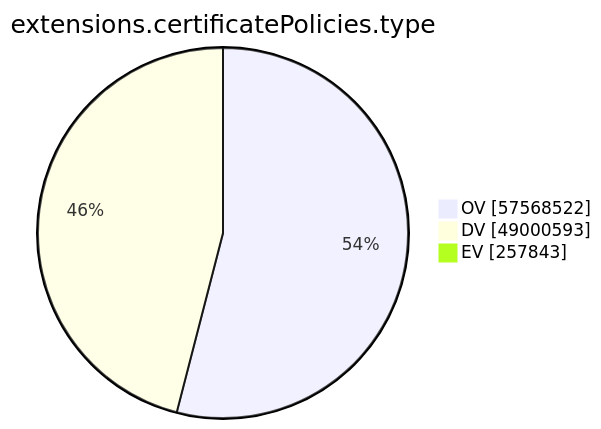
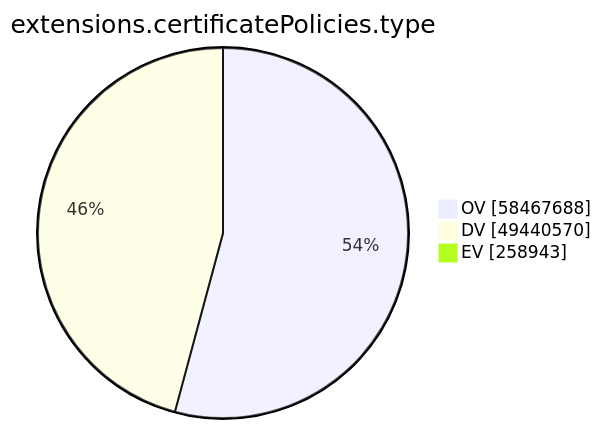
One commit to christiankrug/ctmonitor_visualization changed the ninth of 15 diagrams in xenon2023/README.md. Above: the diagram before and after it, drawn with Mermaid. The commit also changed other lines of this file, not shown here.

````diff
--- a/xenon2023/README.md
+++ b/xenon2023/README.md
@@ -2130,7 +2137,7 @@
 ```mermaid
 pie showData
 title extensions.certificatePolicies.type
-"OV" :57568522
-"DV" :49000593
-"EV" :257843
+"OV" :58467688
+"DV" :49440570
+"EV" :258943
 ```
````
